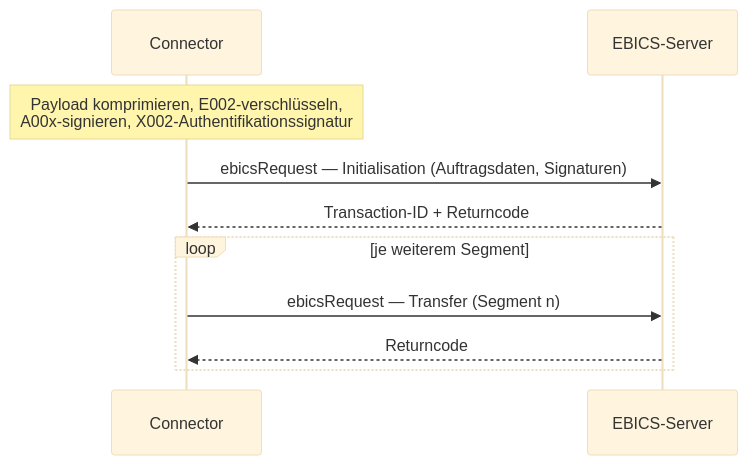
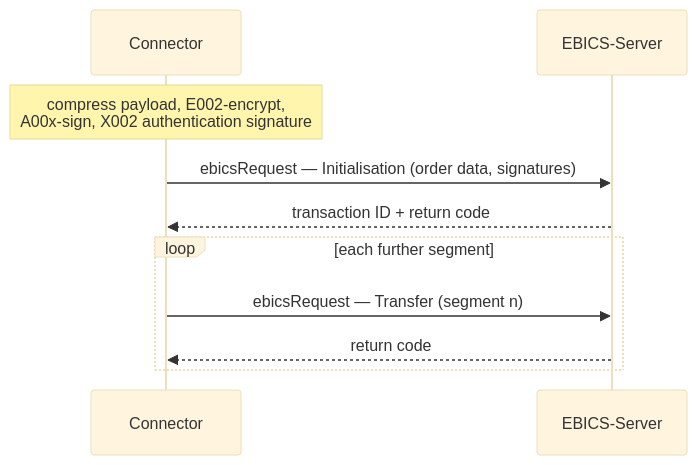
The fourth of 5 diagrams in docs/connector/architecture.md (dominikz98/ebico), drawn with Mermaid (base theme) before and after one commit. The commit also changed other lines of this file and 59 other files, not shown here.

````diff
--- a/docs/connector/architecture.md
+++ b/docs/connector/architecture.md
@@ -175,12 +175,12 @@
 ```mermaid
 sequenceDiagram
     participant C as Connector
     participant S as EBICS-Server
-    Note over C: Payload komprimieren, E002-verschlüsseln,<br/>A00x-signieren, X002-Authentifikationssignatur
-    C->>S: ebicsRequest — Initialisation (Auftragsdaten, Signaturen)
-    S-->>C: Transaction-ID + Returncode
-    loop je weiterem Segment
-        C->>S: ebicsRequest — Transfer (Segment n)
-        S-->>C: Returncode
+    Note over C: compress payload, E002-encrypt,<br/>A00x-sign, X002 authentication signature
+    C->>S: ebicsRequest — Initialisation (order data, signatures)
+    S-->>C: transaction ID + return code
+    loop each further segment
+        C->>S: ebicsRequest — Transfer (segment n)
+        S-->>C: return code
     end
 ```
````
